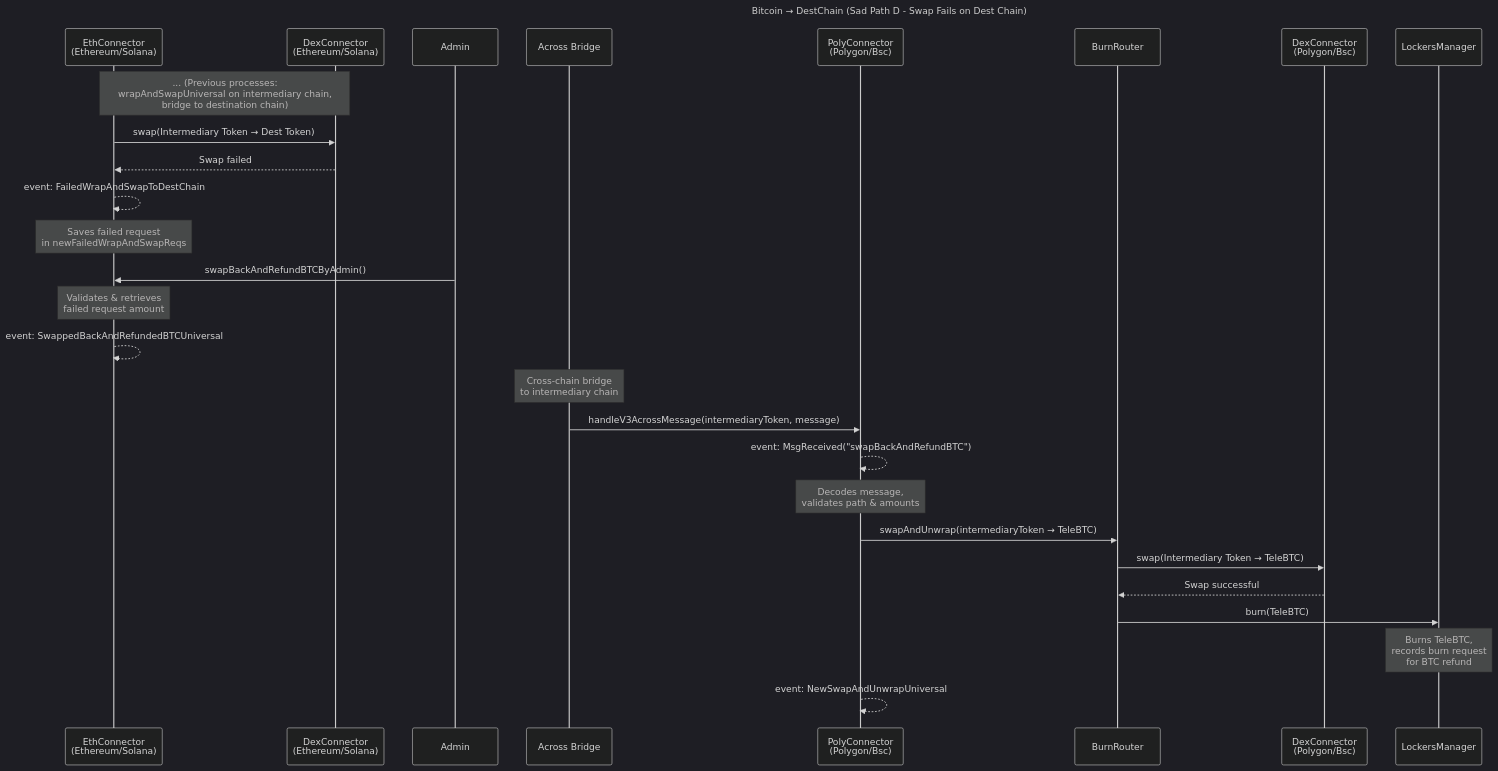
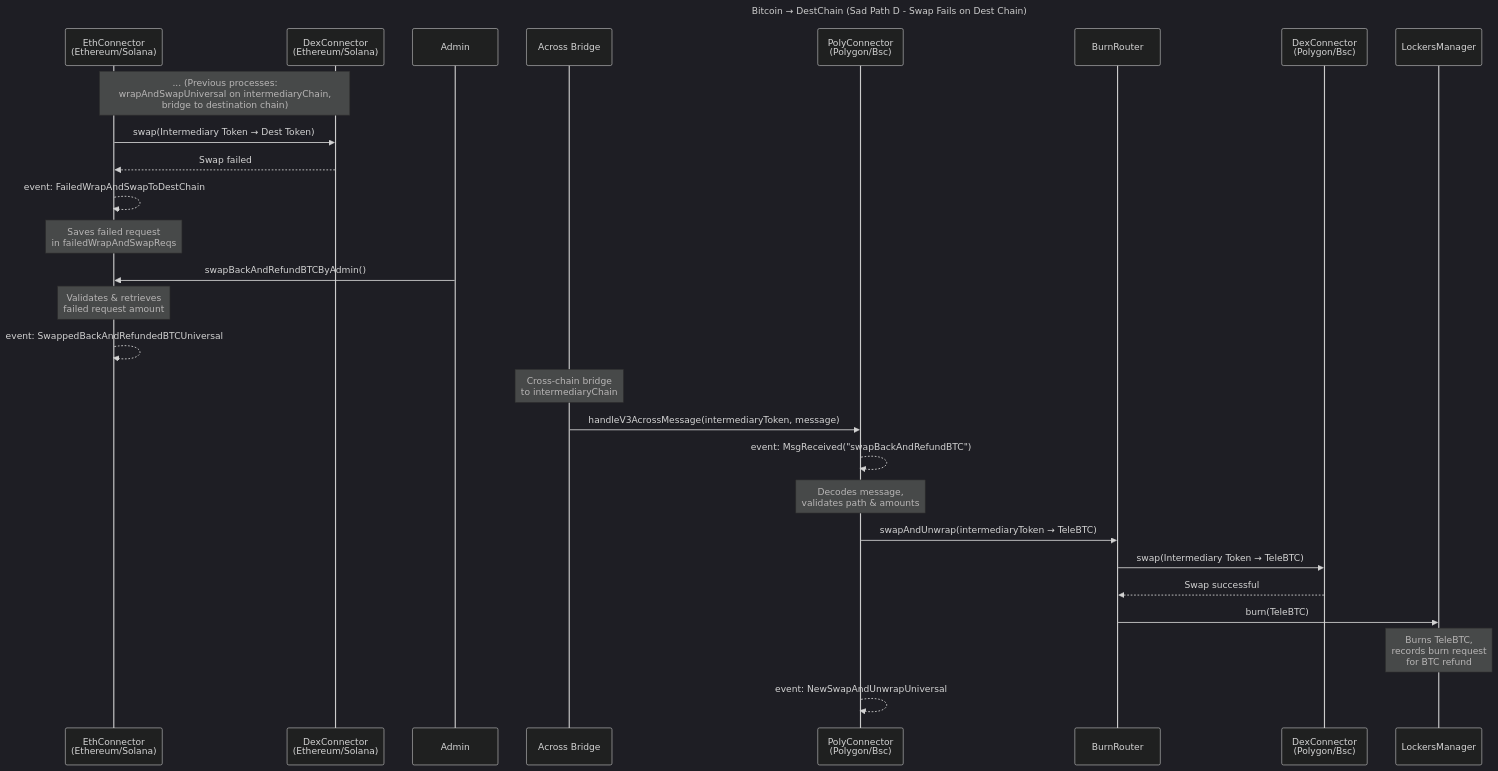
The second of 5 diagrams in docs/universal-router.md (TeleportDAO/teleswap-contracts-evm), drawn with Mermaid (dark theme) before and after one commit. The commit also changed other lines of this file and 5 other files, not shown here.

First line of the commit message:
refactor: rename failed request mappings for clarity

````diff
--- a/docs/universal-router.md
+++ b/docs/universal-router.md
@@ -182,34 +183,34 @@
 ```mermaid
 sequenceDiagram
   title Bitcoin → DestChain (Sad Path D - Swap Fails on Dest Chain)
   participant EthConnector as EthConnector<br/>(Ethereum/Solana)
   participant DexConnectorDest as DexConnector<br/>(Ethereum/Solana)
   participant Admin as Admin
   participant Across as Across Bridge
   participant PolyConnector as PolyConnector<br/>(Polygon/Bsc)
   participant BurnRouter as BurnRouter
   participant DexConnectorPoly as DexConnector<br/>(Polygon/Bsc)
   participant LockersManager as LockersManager
 
-  Note over EthConnector,DexConnectorDest: ... (Previous processes:<br/>wrapAndSwapUniversal on intermediary chain,<br/>bridge to destination chain)
+  Note over EthConnector,DexConnectorDest: ... (Previous processes:<br/>wrapAndSwapUniversal on intermediaryChain,<br/>bridge to destination chain)
 
   EthConnector->>DexConnectorDest: swap(Intermediary Token → Dest Token)
   DexConnectorDest-->>EthConnector: Swap failed
   EthConnector-->>EthConnector: event: FailedWrapAndSwapToDestChain
-  Note over EthConnector: Saves failed request<br/>in newFailedWrapAndSwapReqs
+  Note over EthConnector: Saves failed request<br/>in failedWrapAndSwapReqs
 
   Admin->>EthConnector: swapBackAndRefundBTCByAdmin()
   Note over EthConnector: Validates & retrieves<br/>failed request amount
   EthConnector-->>EthConnector: event: SwappedBackAndRefundedBTCUniversal
-  Note over Across: Cross-chain bridge<br/>to intermediary chain
+  Note over Across: Cross-chain bridge<br/>to intermediaryChain
 
   Across->>PolyConnector: handleV3AcrossMessage(intermediaryToken, message)
   PolyConnector-->>PolyConnector: event: MsgReceived("swapBackAndRefundBTC")
   Note over PolyConnector: Decodes message,<br/>validates path & amounts
   PolyConnector->>BurnRouter: swapAndUnwrap(intermediaryToken → TeleBTC)
   BurnRouter->>DexConnectorPoly: swap(Intermediary Token → TeleBTC)
   DexConnectorPoly-->>BurnRouter: Swap successful
   BurnRouter->>LockersManager: burn(TeleBTC)
   Note over LockersManager: Burns TeleBTC,<br/>records burn request<br/>for BTC refund
   PolyConnector-->>PolyConnector: event: NewSwapAndUnwrapUniversal
 ```
````
